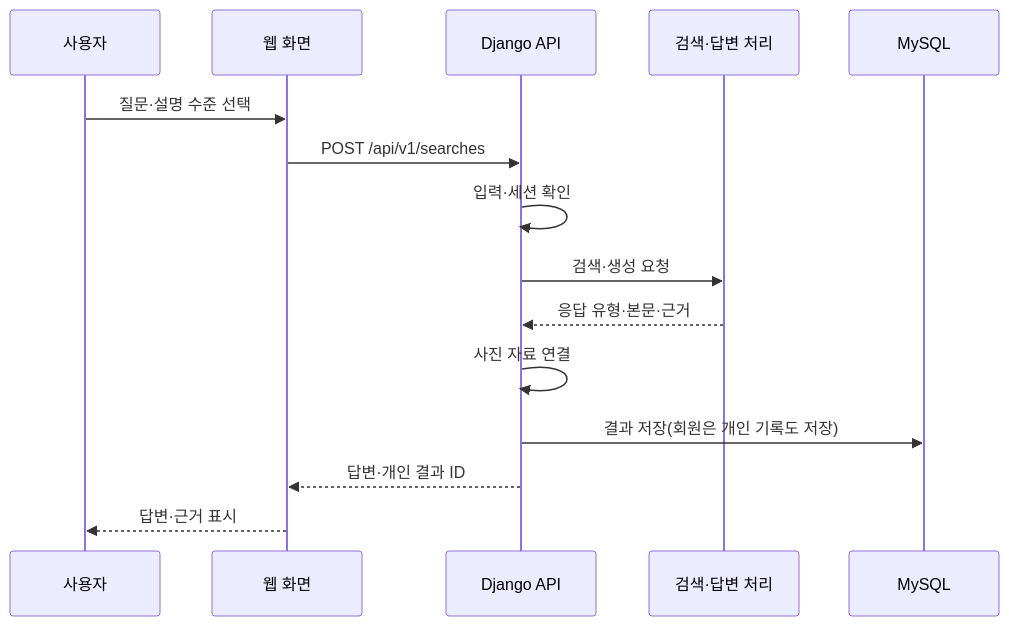
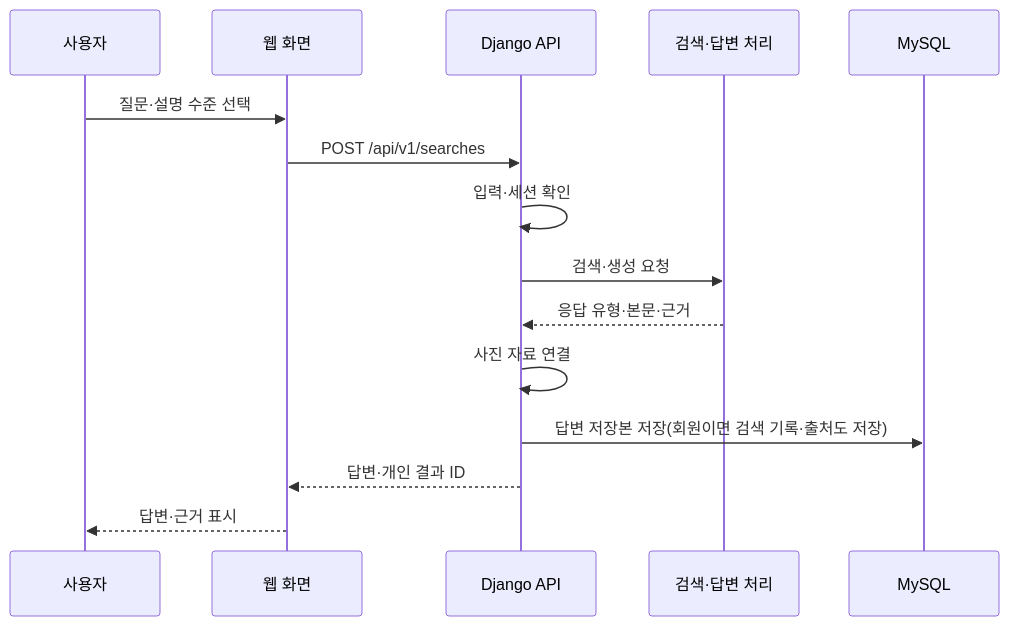
One commit to SpicyAutumn/SKN33-4th-1Team changed the second of 3 diagrams in docs/deliverables/03_architecture.md. Above: the diagram before and after it, drawn with Mermaid. The commit also changed other lines of this file and 10 other files, not shown here.

Commit message:
docs: align final deliverables with current service schema

````diff
--- a/docs/deliverables/03_architecture.md
+++ b/docs/deliverables/03_architecture.md
@@ -36,17 +36,17 @@
 ```mermaid
 sequenceDiagram
     participant U as 사용자
     participant W as 웹 화면
     participant A as Django API
     participant R as 검색·답변 처리
     participant D as MySQL
     U->>W: 질문·설명 수준 선택
     W->>A: POST /api/v1/searches
     A->>A: 입력·세션 확인
     A->>R: 검색·생성 요청
     R-->>A: 응답 유형·본문·근거
     A->>A: 사진 자료 연결
-    A->>D: 결과 저장(회원은 개인 기록도 저장)
+    A->>D: 답변 저장본 저장(회원이면 검색 기록·출처도 저장)
     A-->>W: 답변·개인 결과 ID
     W-->>U: 답변·근거 표시
 ```
````
